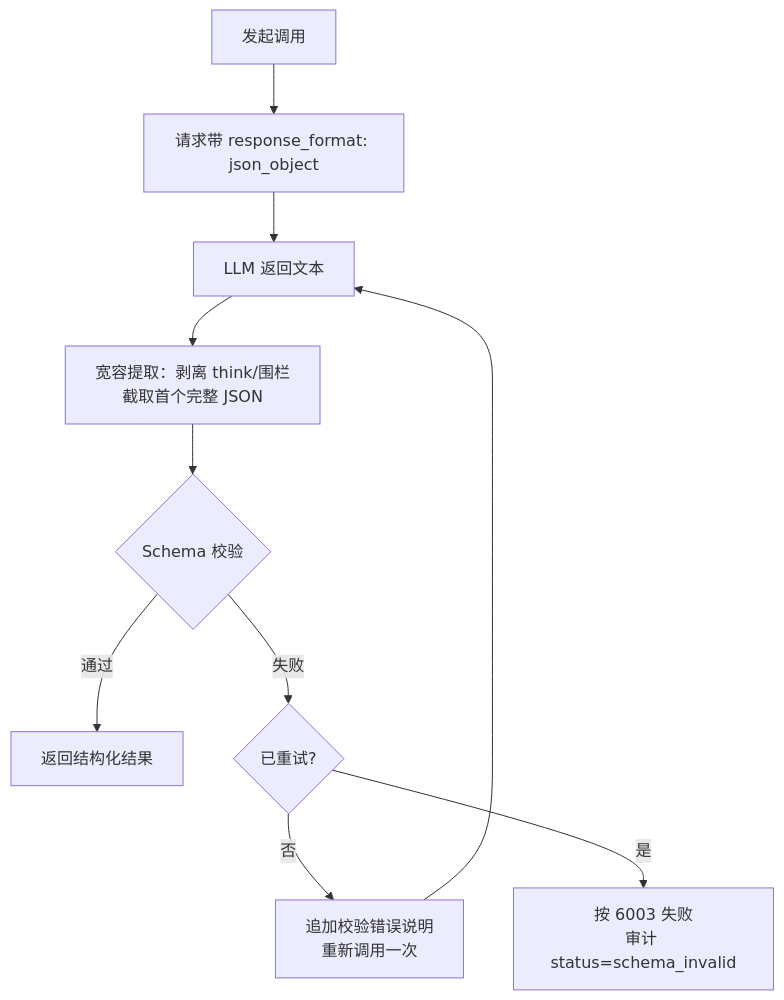
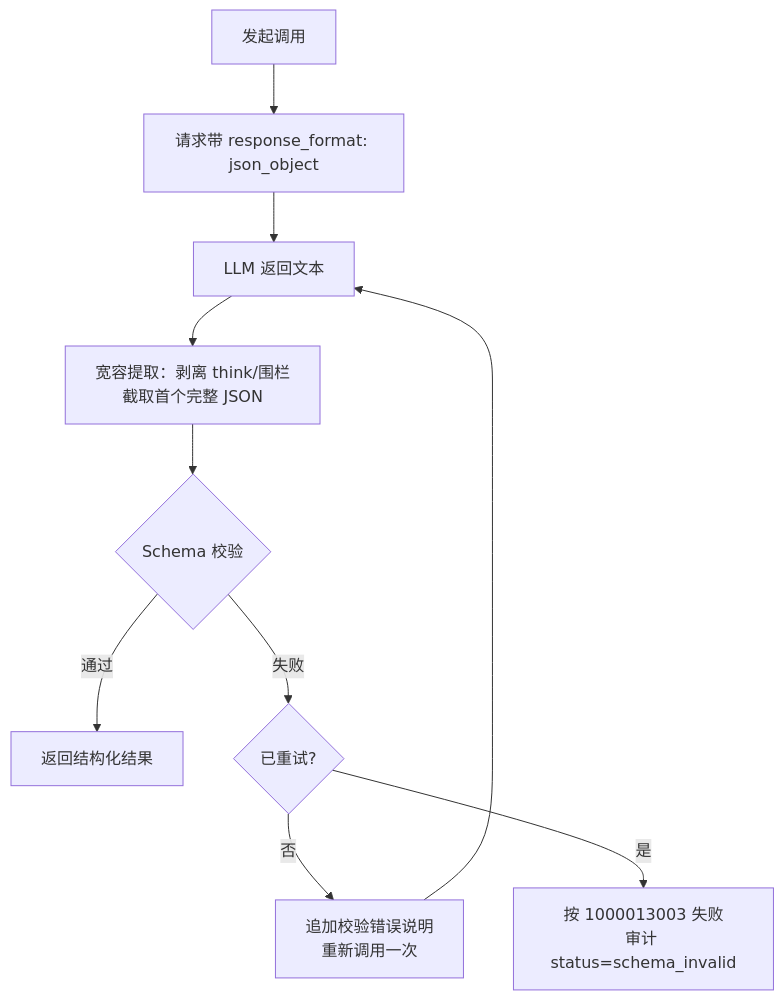
Before and after one commit to XiaoMiSum/robotest: the second of 2 diagrams in docs/04-detailed-design/56-ai-infrastructure-gateway.md, drawn with Mermaid. The commit also changed other lines of this file and 42 other files, not shown here.

````diff
--- a/docs/04-detailed-design/56-ai-infrastructure-gateway.md
+++ b/docs/04-detailed-design/56-ai-infrastructure-gateway.md
@@ -88,12 +88,12 @@
 ```mermaid
 flowchart TD
     A[发起调用] --> B[请求带 response_format: json_object]
     B --> C[LLM 返回文本]
     C --> D[宽容提取：剥离 think/围栏<br/>截取首个完整 JSON]
     D --> E{Schema 校验}
     E -- 通过 --> F[返回结构化结果]
     E -- 失败 --> G{已重试?}
     G -- 否 --> H[追加校验错误说明<br/>重新调用一次]
     H --> C
-    G -- 是 --> I[按 6003 失败<br/>审计 status=schema_invalid]
+    G -- 是 --> I[按 1000013003 失败<br/>审计 status=schema_invalid]
 ```
````
